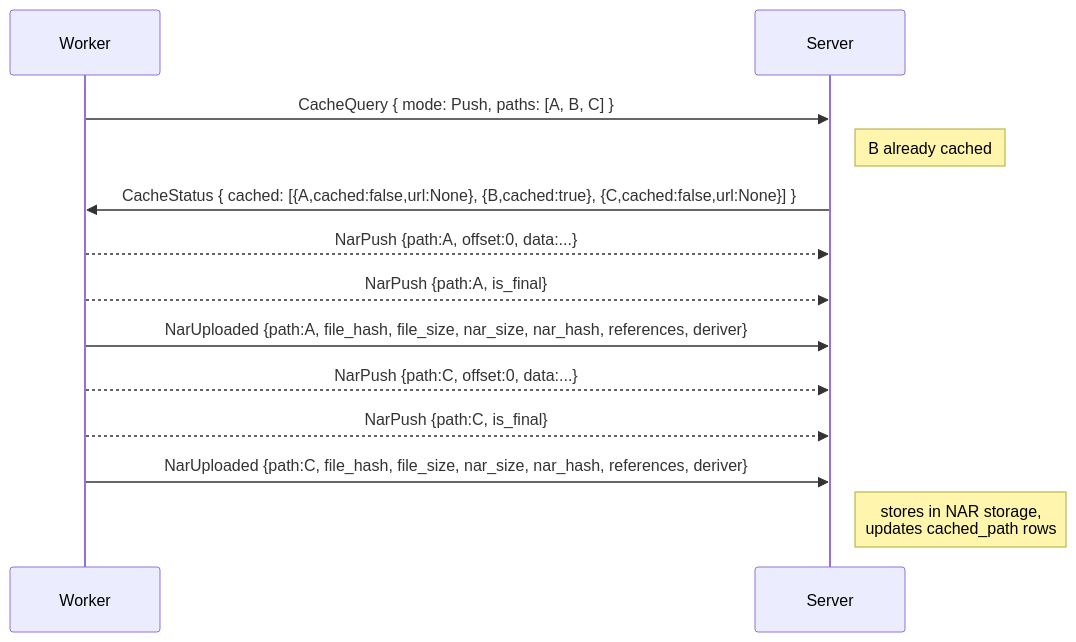
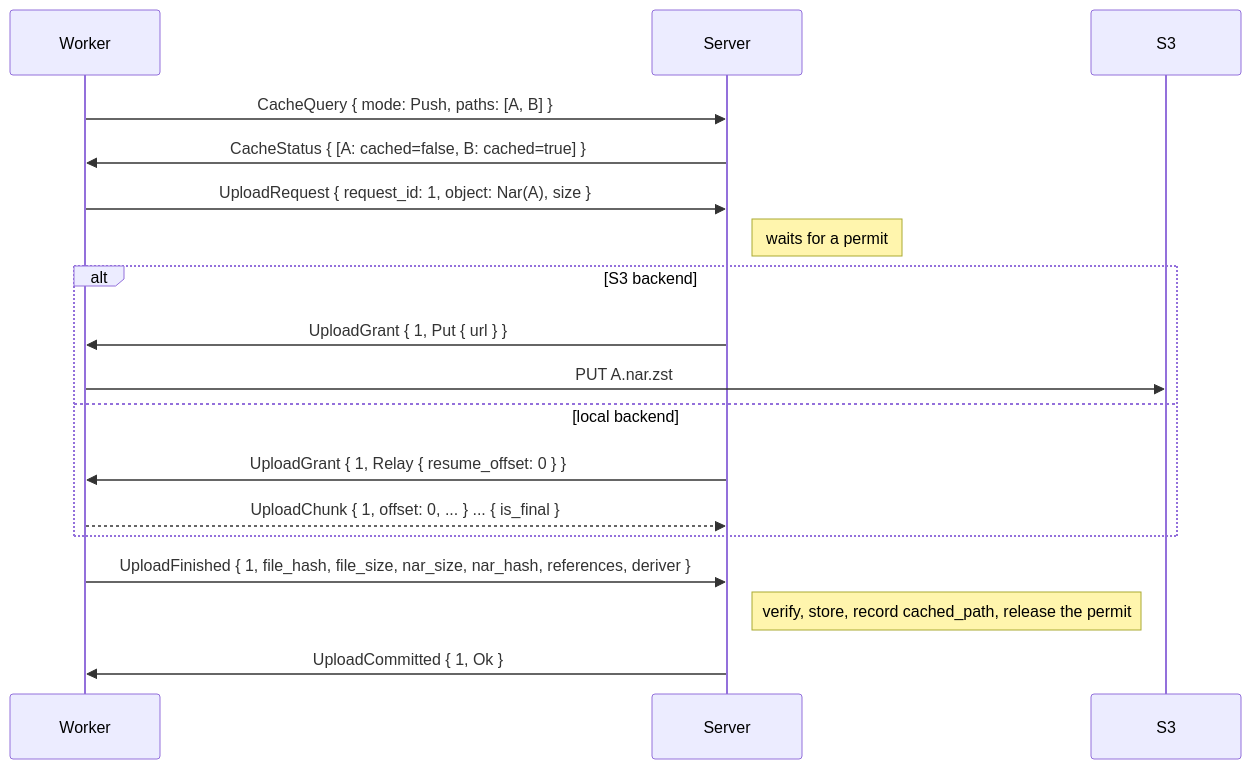
One commit to wavelens/gradient changed diagram 17 of 25 in docs/src/development/proto.md. Above: the diagram before and after it, drawn with Mermaid. The commit also changed other lines of this file and 3 other files, not shown here.

````diff
--- a/docs/src/development/proto.md
+++ b/docs/src/development/proto.md
@@ -1169,16 +1174,21 @@
 ```mermaid
 sequenceDiagram
     participant W as Worker
     participant S as Server
+    participant S3 as S3
 
-    W->>S: CacheQuery { mode: Push, paths: [A, B, C] }
-    Note right of S: B already cached
-    S->>W: CacheStatus { cached: [{A,cached:false,url:None}, {B,cached:true}, {C,cached:false,url:None}] }
-    W-->>S: NarPush {path:A, offset:0, data:...}
-    W-->>S: NarPush {path:A, is_final}
-    W->>S: NarUploaded {path:A, file_hash, file_size, nar_size, nar_hash, references, deriver}
-    W-->>S: NarPush {path:C, offset:0, data:...}
-    W-->>S: NarPush {path:C, is_final}
-    W->>S: NarUploaded {path:C, file_hash, file_size, nar_size, nar_hash, references, deriver}
-    Note right of S: stores in NAR storage,<br/>updates cached_path rows
+    W->>S: CacheQuery { mode: Push, paths: [A, B] }
+    S->>W: CacheStatus { [A: cached=false, B: cached=true] }
+    W->>S: UploadRequest { request_id: 1, object: Nar(A), size }
+    Note right of S: waits for a permit
+    alt S3 backend
+        S->>W: UploadGrant { 1, Put { url } }
+        W->>S3: PUT A.nar.zst
+    else local backend
+        S->>W: UploadGrant { 1, Relay { resume_offset: 0 } }
+        W-->>S: UploadChunk { 1, offset: 0, ... } ... { is_final }
+    end
+    W->>S: UploadFinished { 1, file_hash, file_size, nar_size, nar_hash, references, deriver }
+    Note right of S: verify, store, record cached_path, release the permit
+    S->>W: UploadCommitted { 1, Ok }
 ```
````
